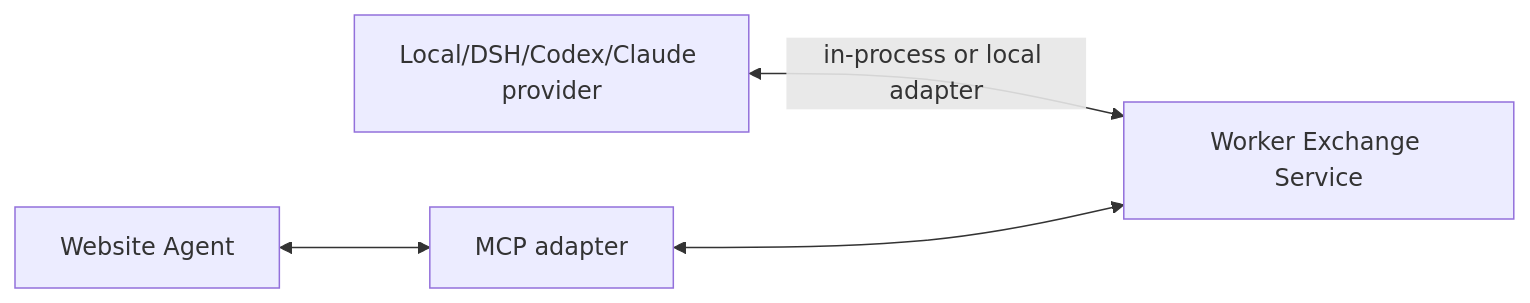
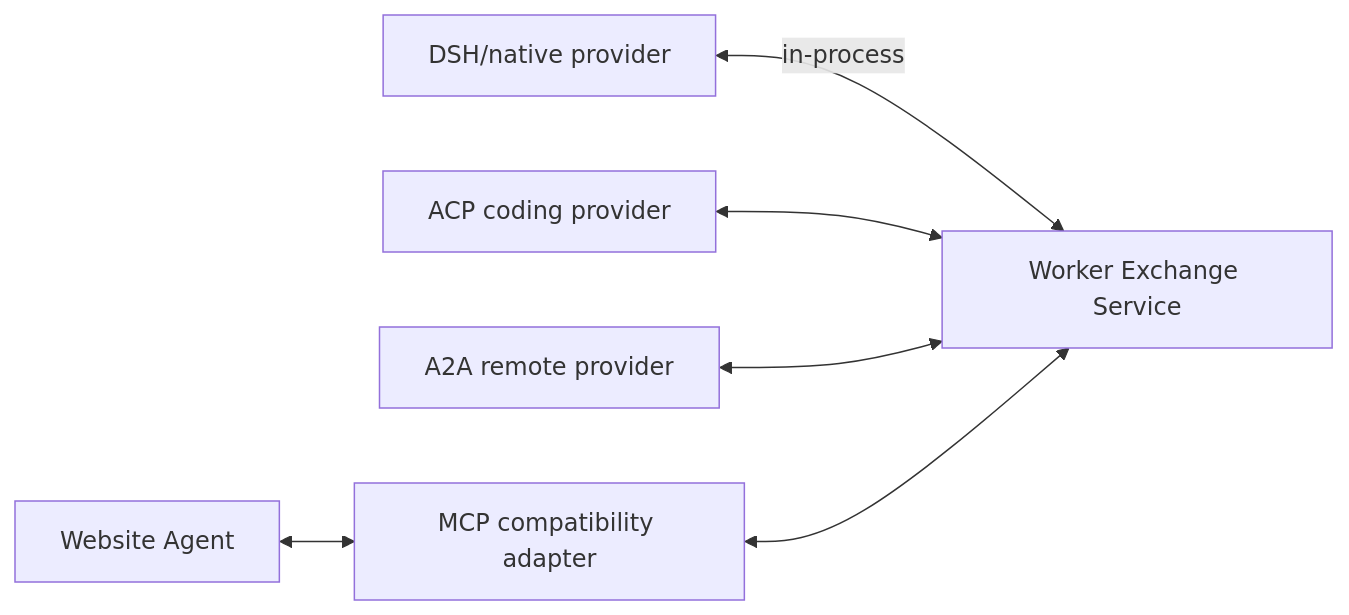
One commit to tsuuanmi/AgentOS changed the fourth of 4 diagrams in docs/architecture/worker-model.md. Above: the diagram before and after it, drawn with Mermaid. The commit also changed other lines of this file, not shown here.

Commit message:
docs: position ACP as preferred agnostic Worker provider seam

```diff
--- a/docs/architecture/worker-model.md
+++ b/docs/architecture/worker-model.md
@@ -220,12 +226,16 @@
 ~~~mermaid
 flowchart LR
     Exchange[Worker Exchange Service]
 
-    Local[Local/DSH/Codex/Claude provider]
-    MCP[MCP adapter]
+    Local[DSH/native provider]
+    ACP[ACP coding provider]
+    A2A[A2A remote provider]
+    MCP[MCP compatibility adapter]
     Website[Website Agent]
 
-    Local <--> |in-process or local adapter| Exchange
+    Local <--> |in-process| Exchange
+    ACP <--> Exchange
+    A2A <--> Exchange
     Website <--> MCP
     MCP <--> Exchange
 ~~~
```
